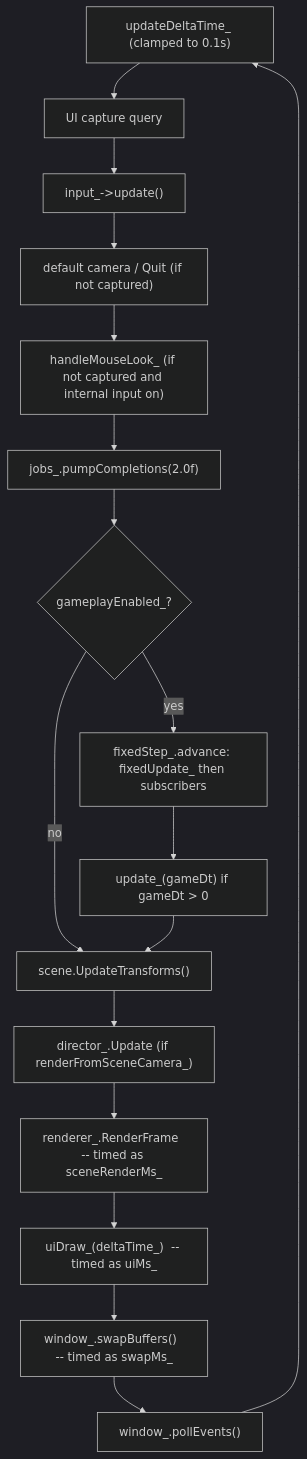
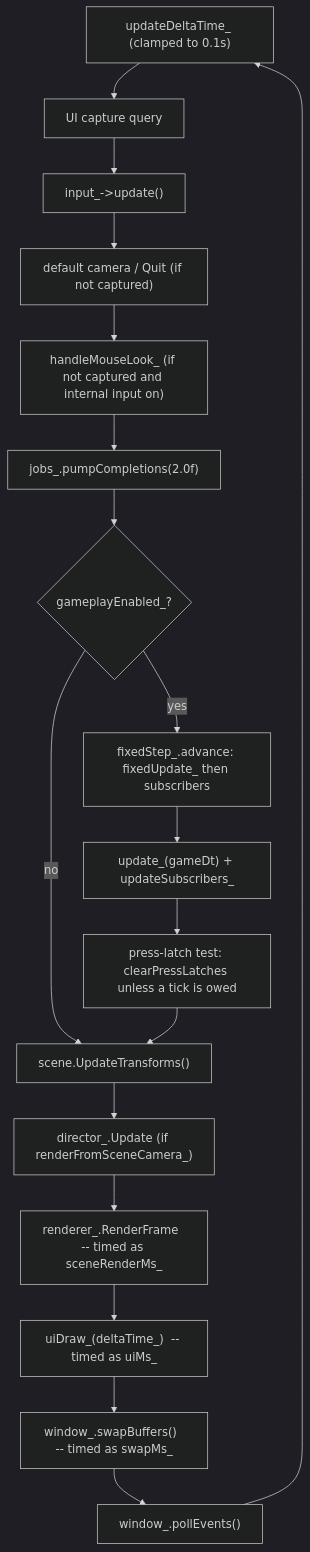
One commit to hisham-CSS/GameEngineFramework changed the diagram in docs/manual/architecture.md. Above: the diagram before and after it, drawn with Mermaid (dark theme). The commit also changed other lines of this file and 13 other files, not shown here.

````diff
--- a/docs/manual/architecture.md
+++ b/docs/manual/architecture.md
@@ -167,19 +173,20 @@
 ```mermaid
 flowchart TD
     A["updateDeltaTime_ (clamped to 0.1s)"] --> B["UI capture query"]
     B --> C["input_->update()"]
     C --> D["default camera / Quit (if not captured)"]
     D --> E["handleMouseLook_ (if not captured and internal input on)"]
     E --> F["jobs_.pumpCompletions(2.0f)"]
     F --> G{"gameplayEnabled_?"}
     G -- yes --> H["fixedStep_.advance: fixedUpdate_ then subscribers"]
-    H --> I["update_(gameDt) if gameDt > 0"]
+    H --> I["update_(gameDt) + updateSubscribers_"]
     G -- no --> J
-    I --> J["scene.UpdateTransforms()"]
+    I --> P["press-latch test: clearPressLatches unless a tick is owed"]
+    P --> J["scene.UpdateTransforms()"]
     J --> K["director_.Update (if renderFromSceneCamera_)"]
     K --> L["renderer_.RenderFrame  -- timed as sceneRenderMs_"]
     L --> M["uiDraw_(deltaTime_)  -- timed as uiMs_"]
     M --> N["window_.swapBuffers()  -- timed as swapMs_"]
     N --> O["window_.pollEvents()"]
     O --> A
 ```
````
